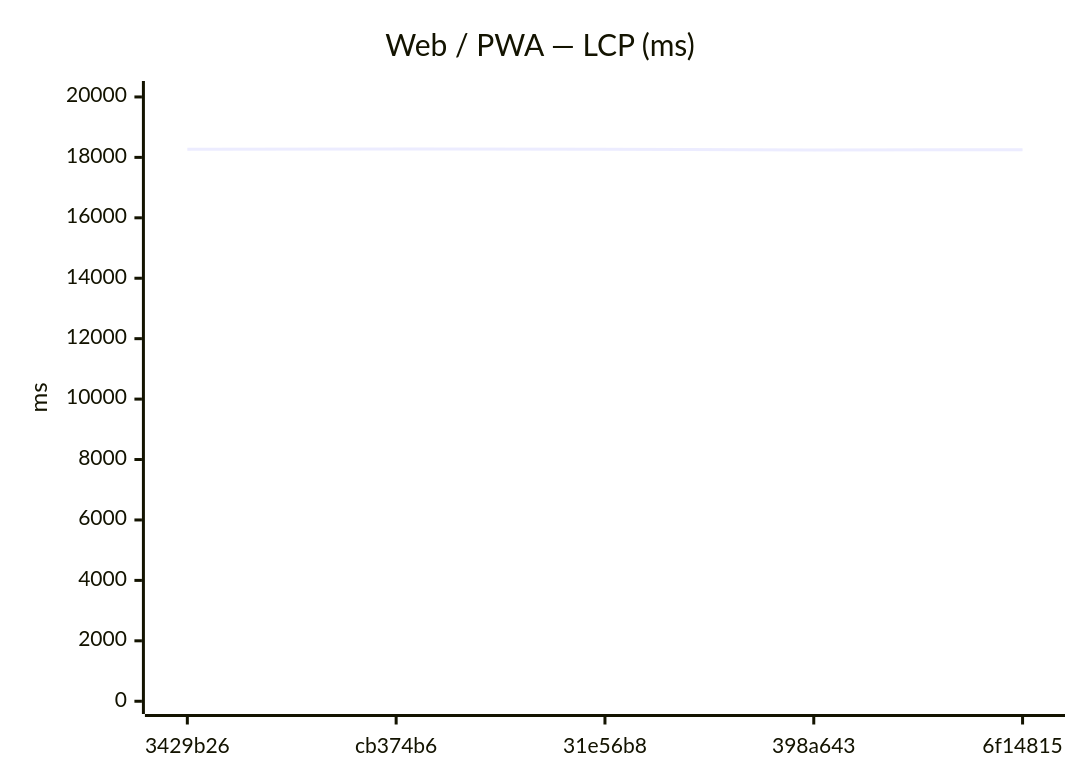
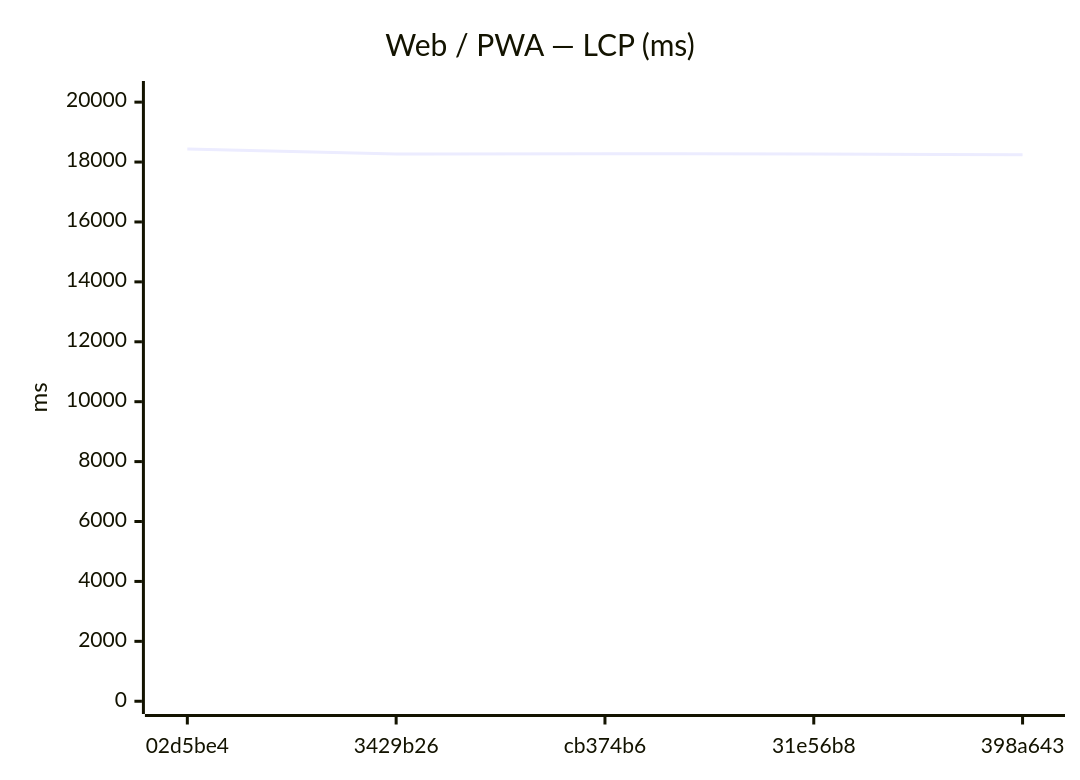
The seventh of 18 diagrams in benchmarks/compare.md (Metaheurist/Rianell), drawn with Mermaid before and after one commit. The commit also changed other lines of this file and 11 other files, not shown here.

````diff
--- a/benchmarks/compare.md
+++ b/benchmarks/compare.md
@@ -117,7 +117,7 @@
 ```mermaid
 xychart-beta
     title "Web / PWA — LCP (ms)"
-    x-axis ["3429b26", "cb374b6", "31e56b8", "398a643", "6f14815"]
-    y-axis "ms" 0 --> 20106
-    line [18270, 18278, 18267, 18242, 18254]
+    x-axis ["02d5be4", "3429b26", "cb374b6", "31e56b8", "398a643"]
+    y-axis "ms" 0 --> 20280
+    line [18436, 18270, 18278, 18267, 18242]
 ```
````
